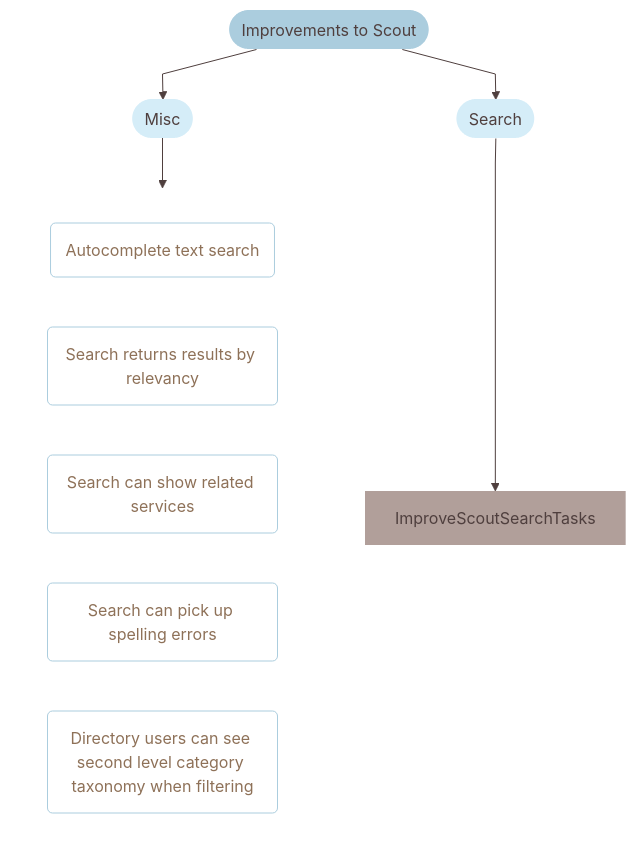
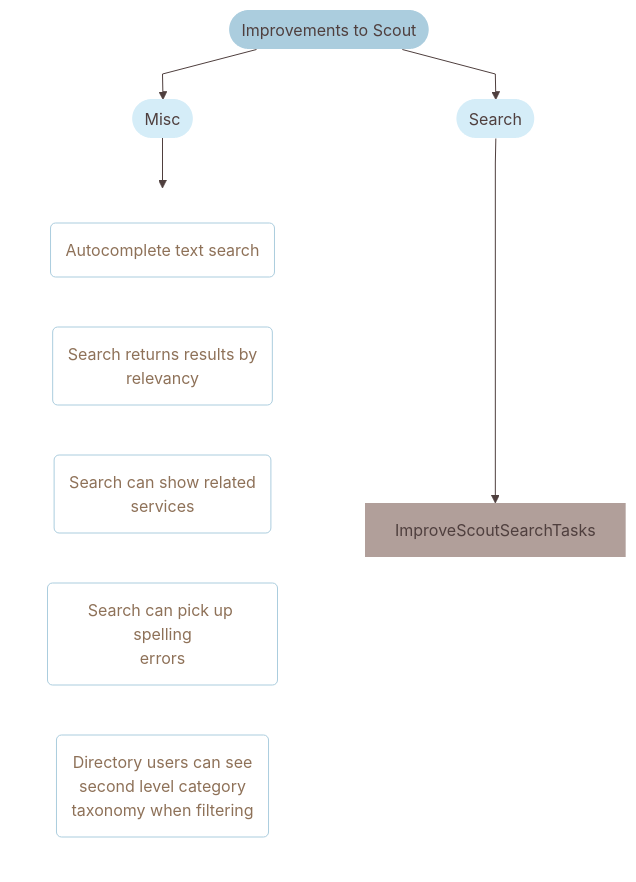
Before and after one commit to wearefuturegov/Outpost-Platform: the third of 5 diagrams in README.md, drawn with Mermaid. The commit also changed other lines of this file, not shown here.

````diff
--- a/README.md
+++ b/README.md
@@ -147,75 +147,75 @@
 ```mermaid
 %%{
 init:
 	{
 	"theme": "base",
 	"themeVariables":
 		{
 	      "primaryColor": "#b19f9a",
 	      "primaryTextColor": "#4f3f3e",
 	      "primaryBorderColor": "none",
 	      "lineColor": "#4f3f3e",
 	      "secondaryColor": "transparent",
 	      "tertiaryColor": "transparent"
 		},
 	"flowchart": {
 	  "curve": "linear"
         }
 	}
 }%%
 flowchart
 
 
     classDef ImproveScout fill:#abcdde,stroke:none
     classDef ImproveScoutLv2 fill:#d5edf8,stroke:none
     classDef ImproveScoutTasks fill:#fff,stroke:#abcdde,color:#8e7158
 
 
 
     %% Top level
 
 
     %% 3 Improve scout
     ImproveScout([Improvements to Scout]):::ImproveScout
     %% 3.x Improve scout - second level
     ImproveScoutMisc([Misc]):::ImproveScoutLv2
     ImproveScoutSearch([Search]):::ImproveScoutLv2
 
 
         %% 3.1~ Misc - tasks
 
     subgraph ImproveScoutMiscTasks[ ]
-     ImproveScoutMiscTask0("Public vs. professional views for Scout"):::ImproveScoutTasks
+     ImproveScoutMiscTask0("Public vs. professional views<br />for Scout<br />"):::ImproveScoutTasks
      click ImproveScoutMiscTask0 href "https://github.com/wearefuturegov/Outpost-Platform/issues/22"
-     ImproveScoutMiscTask1("Authentication for Scout"):::ImproveScoutTasks
+     ImproveScoutMiscTask1("Authentication for Scout<br />"):::ImproveScoutTasks
      click ImproveScoutMiscTask1 href "https://github.com/wearefuturegov/Outpost-Platform/issues/21"
-     ImproveScoutMiscTask2("Services can be sorted (e.g. by distance)"):::ImproveScoutTasks
+     ImproveScoutMiscTask2("Services can be sorted (e.g.<br />by distance)<br />"):::ImproveScoutTasks
      click ImproveScoutMiscTask2 href "https://github.com/wearefuturegov/Outpost-Platform/issues/20"
-     ImproveScoutMiscTask3("Filters to have AND logic rather than OR"):::ImproveScoutTasks
+     ImproveScoutMiscTask3("Filters to have AND logic<br />rather than OR<br />"):::ImproveScoutTasks
      click ImproveScoutMiscTask3 href "https://github.com/wearefuturegov/Outpost-Platform/issues/19"
-     ImproveScoutMiscTask4("Directory users can see second level category taxonomy when filtering"):::ImproveScoutTasks
+     ImproveScoutMiscTask4("Directory users can see<br />second level category<br />taxonomy when filtering<br />"):::ImproveScoutTasks
      click ImproveScoutMiscTask4 href "https://github.com/wearefuturegov/Outpost-Platform/issues/18"
     end
 
     %% 3.1~ Search - tasks
 
     subgraph ImproveScoutMiscTasks[ ]
-     ImproveScoutMiscTask0("Autocomplete text search"):::ImproveScoutTasks
+     ImproveScoutMiscTask0("Autocomplete text search<br />"):::ImproveScoutTasks
      click ImproveScoutMiscTask0 href "https://github.com/wearefuturegov/Outpost-Platform/issues/26"
-     ImproveScoutMiscTask1("Search returns results by relevancy"):::ImproveScoutTasks
+     ImproveScoutMiscTask1("Search returns results by<br />relevancy<br />"):::ImproveScoutTasks
      click ImproveScoutMiscTask1 href "https://github.com/wearefuturegov/Outpost-Platform/issues/25"
-     ImproveScoutMiscTask2("Search can show related services"):::ImproveScoutTasks
+     ImproveScoutMiscTask2("Search can show related<br />services<br />"):::ImproveScoutTasks
      click ImproveScoutMiscTask2 href "https://github.com/wearefuturegov/Outpost-Platform/issues/24"
-     ImproveScoutMiscTask3("Search can pick up spelling errors"):::ImproveScoutTasks
+     ImproveScoutMiscTask3("Search can pick up spelling<br />errors<br />"):::ImproveScoutTasks
      click ImproveScoutMiscTask3 href "https://github.com/wearefuturegov/Outpost-Platform/issues/23"
     end
 
 
 
 
 
     %% Improve scout
     ImproveScout --> ImproveScoutMisc --> ImproveScoutMiscTasks
     ImproveScout --> ImproveScoutSearch --> ImproveScoutSearchTasks
 
 ```
````
